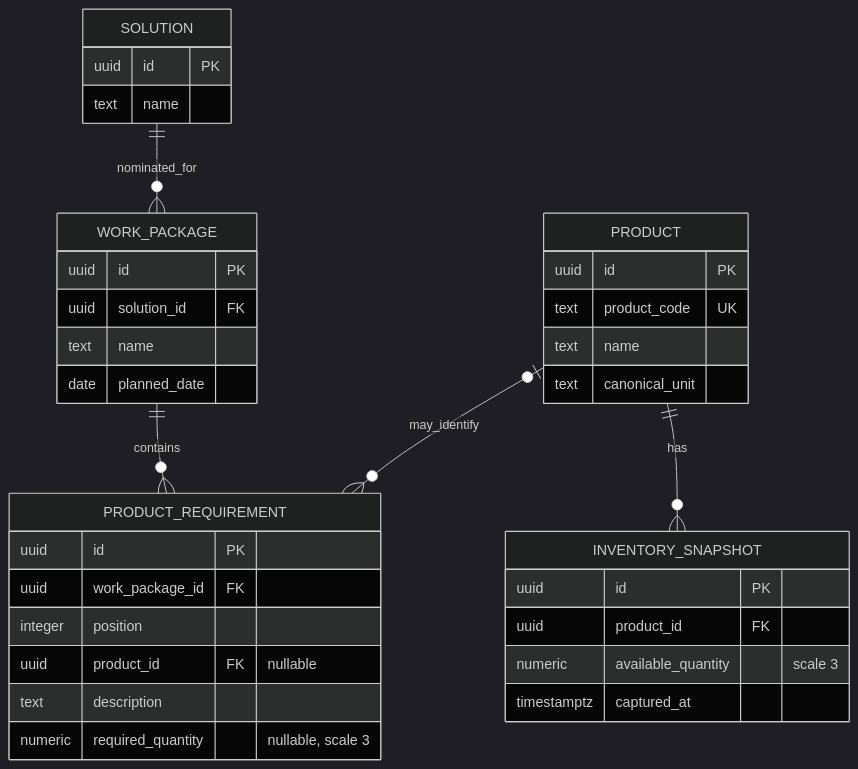
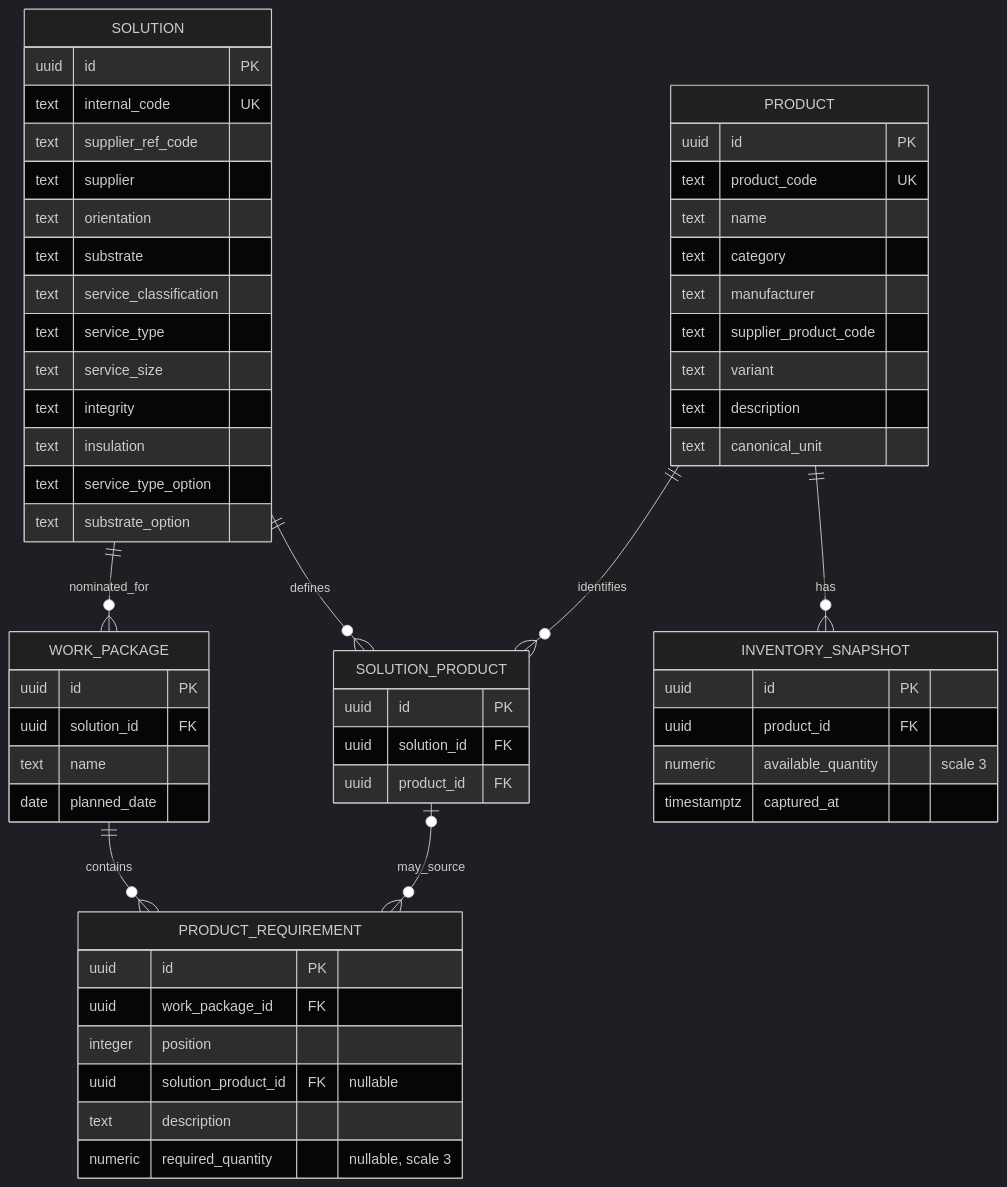
The seventh of 7 diagrams in docs/architecture/overview.md (jiqiang90/qantum-stock), drawn with Mermaid (dark theme) before and after one commit. The commit also changed other lines of this file and 18 other files, not shown here.

````diff
--- a/docs/architecture/overview.md
+++ b/docs/architecture/overview.md
@@ -129,38 +222,61 @@
 ```mermaid
 erDiagram
     SOLUTION ||--o{ WORK_PACKAGE : nominated_for
+    SOLUTION ||--o{ SOLUTION_PRODUCT : defines
+    PRODUCT ||--o{ SOLUTION_PRODUCT : identifies
     WORK_PACKAGE ||--o{ PRODUCT_REQUIREMENT : contains
-    PRODUCT o|--o{ PRODUCT_REQUIREMENT : may_identify
+    SOLUTION_PRODUCT o|--o{ PRODUCT_REQUIREMENT : may_source
     PRODUCT ||--o{ INVENTORY_SNAPSHOT : has
 
     SOLUTION {
         uuid id PK
-        text name
+        text internal_code UK
+        text supplier_ref_code
+        text supplier
+        text orientation
+        text substrate
+        text service_classification
+        text service_type
+        text service_size
+        text integrity
+        text insulation
+        text service_type_option
+        text substrate_option
     }
     WORK_PACKAGE {
         uuid id PK
         uuid solution_id FK
         text name
         date planned_date
     }
     PRODUCT {
         uuid id PK
         text product_code UK
         text name
+        text category
+        text manufacturer
+        text supplier_product_code
+        text variant
+        text description
         text canonical_unit
+    }
+    SOLUTION_PRODUCT {
+        uuid id PK
+        uuid solution_id FK
+        uuid product_id FK
     }
     PRODUCT_REQUIREMENT {
         uuid id PK
         uuid work_package_id FK
         integer position
-        uuid product_id FK "nullable"
+        uuid solution_product_id FK "nullable"
         text description
         numeric required_quantity "nullable, scale 3"
     }
     INVENTORY_SNAPSHOT {
         uuid id PK
         uuid product_id FK
         numeric available_quantity "scale 3"
         timestamptz captured_at
     }
 ```
````
